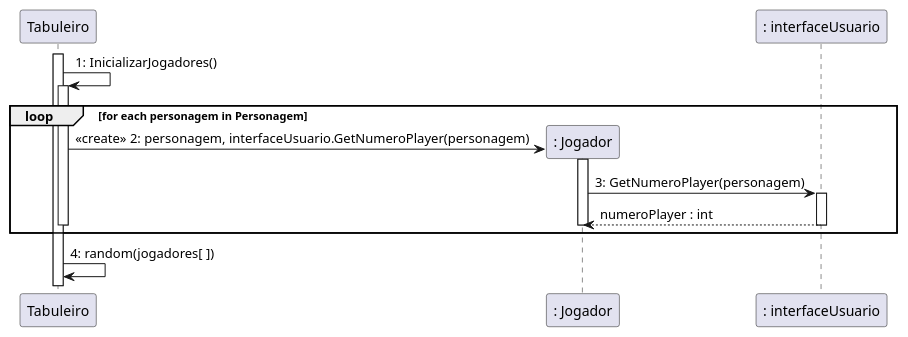
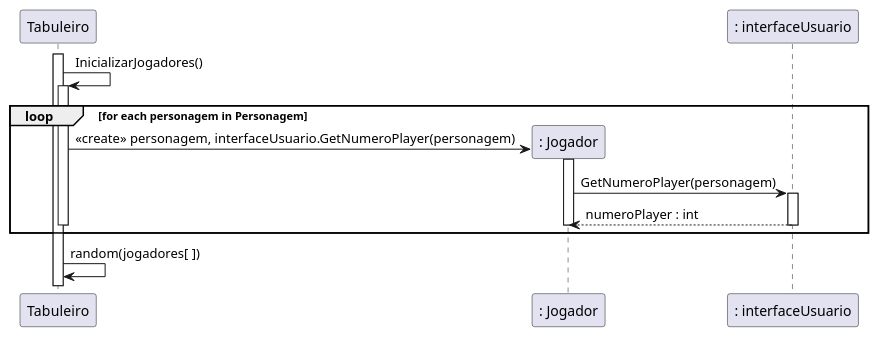
One commit to rogerpcto/ProjetoDeSoftware-UFF changed the diagram in Documentação/diagrama-de-sequencia-Inicializa-jogadores.plantuml. Above: the diagram before and after it, drawn with PlantUML. The commit also changed 7 other files, not shown here.

Commit message:
Corrige diagramas de sequência

```diff
--- a/Documentação/diagrama-de-sequencia-Inicializa-jogadores.plantuml
+++ b/Documentação/diagrama-de-sequencia-Inicializa-jogadores.plantuml
@@ -1,19 +1,19 @@
 @startuml
 activate Tabuleiro
 
-":Tabuleiro" as Tabuleiro -> Tabuleiro : 1: InicializarJogadores()
+":Tabuleiro" as Tabuleiro -> Tabuleiro : InicializarJogadores()
 
 Create ": Jogador" as Jogador
 loop for each personagem in Personagem
         activate Tabuleiro
-        Tabuleiro -> Jogador : <<create>> 2: personagem, interfaceUsuario.GetNumeroPlayer(personagem)
+        Tabuleiro -> Jogador : <<create>> personagem, interfaceUsuario.GetNumeroPlayer(personagem)
             activate Jogador
-            Jogador-> ": interfaceUsuario" as GUI : 3: GetNumeroPlayer(personagem) 
+            Jogador-> ": interfaceUsuario" as GUI : GetNumeroPlayer(personagem) 
             activate GUI
             Jogador <-- GUI : numeroPlayer : int
             deactivate GUI
         deactivate Jogador
     deactivate Tabuleiro   
 end loop
-Tabuleiro -> Tabuleiro : 4: random(jogadores[ ])
+Tabuleiro -> Tabuleiro : random(jogadores[ ])
 @enduml
```
